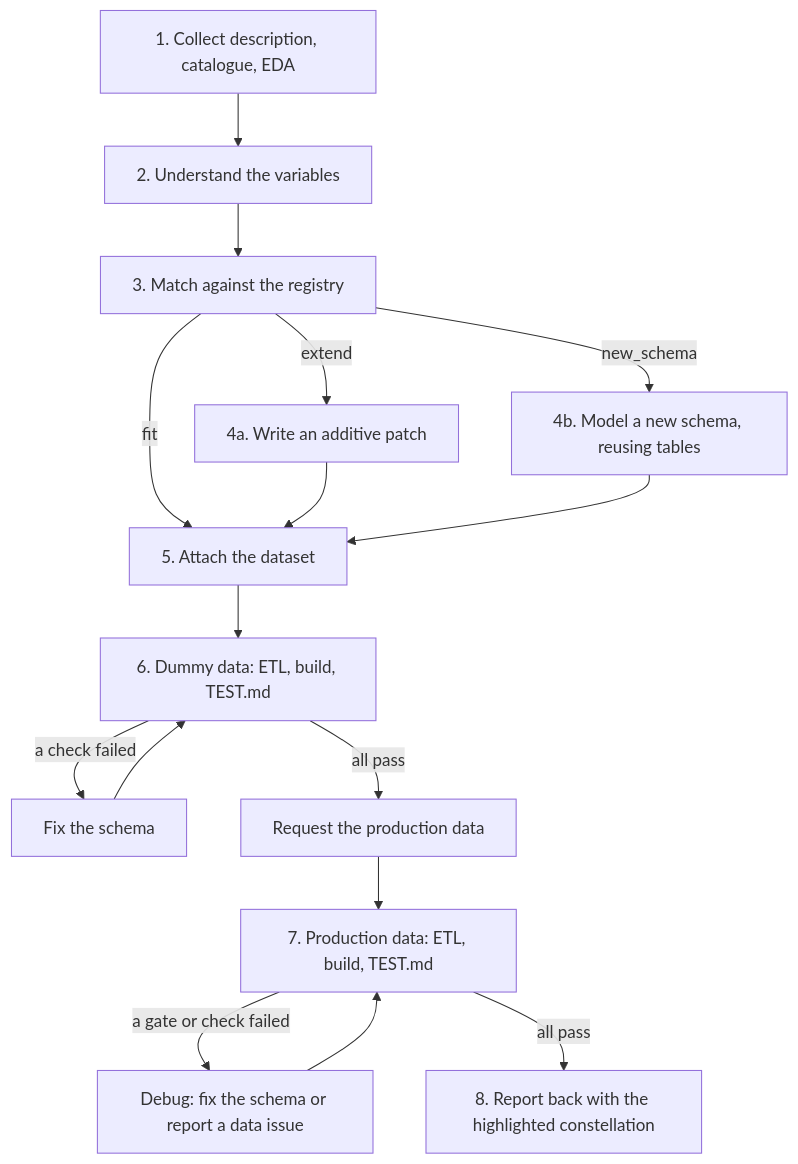
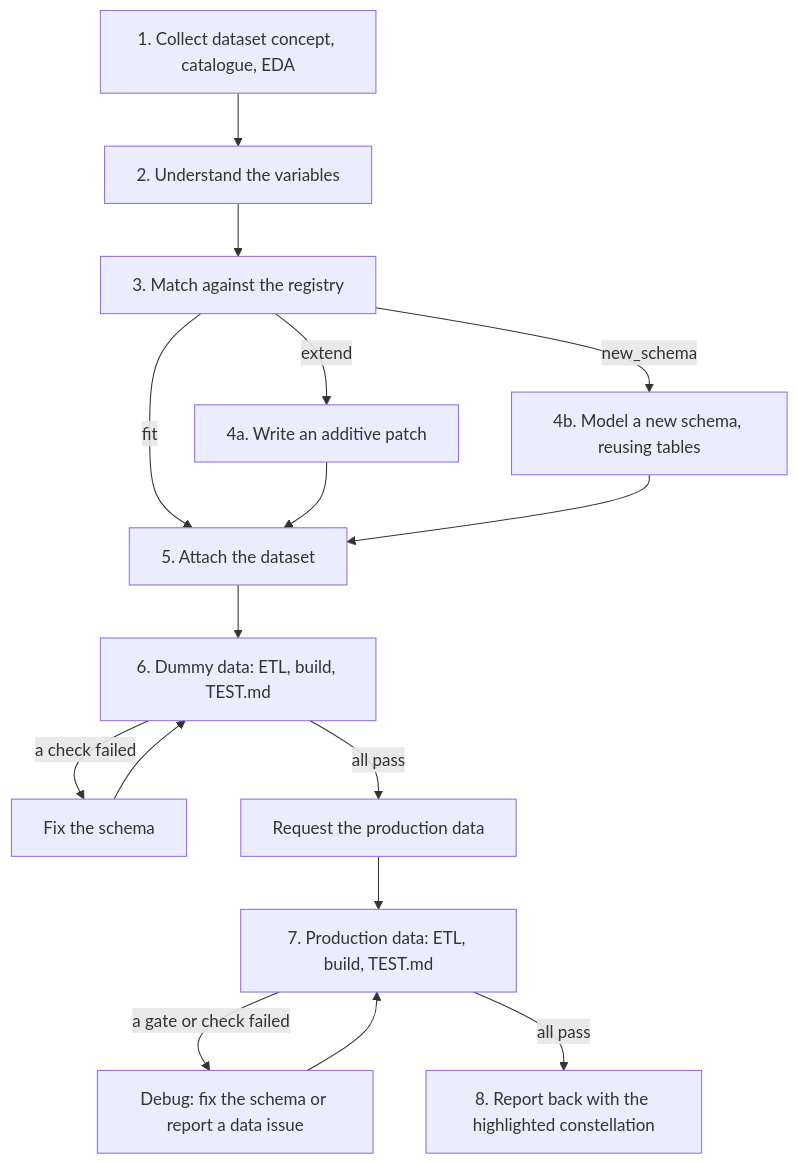
One commit to khalifan-kfan/olap_swifter changed the diagram in SKILL.md. Above: the diagram before and after it, drawn with Mermaid. The commit also changed other lines of this file and 22 other files, not shown here.

````diff
--- a/SKILL.md
+++ b/SKILL.md
@@ -220,16 +247,16 @@
 ```mermaid
 graph TD
-    A[1. Collect description, catalogue, EDA] --> B[2. Understand the variables]
+    A[1. Collect dataset concept, catalogue, EDA] --> B[2. Understand the variables]
     B --> C[3. Match against the registry]
     C -- fit --> F[5. Attach the dataset]
     C -- extend --> D[4a. Write an additive patch]
     C -- new_schema --> E[4b. Model a new schema, reusing tables]
     D --> F
     E --> F
     F --> G[6. Dummy data: ETL, build, TEST.md]
     G -- a check failed --> H[Fix the schema] --> G
     G -- all pass --> R[Request the production data]
     R --> I[7. Production data: ETL, build, TEST.md]
     I -- a gate or check failed --> J[Debug: fix the schema or report a data issue] --> I
     I -- all pass --> K[8. Report back with the highlighted constellation]
 ```
````
